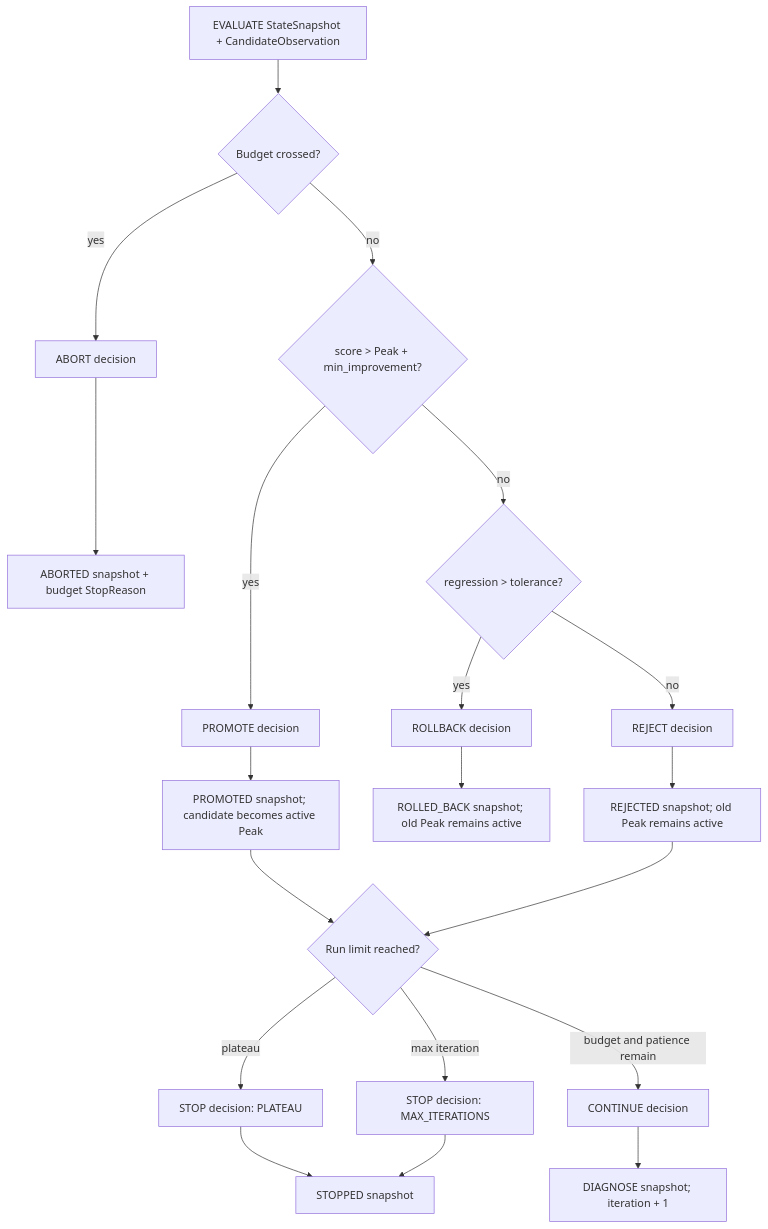
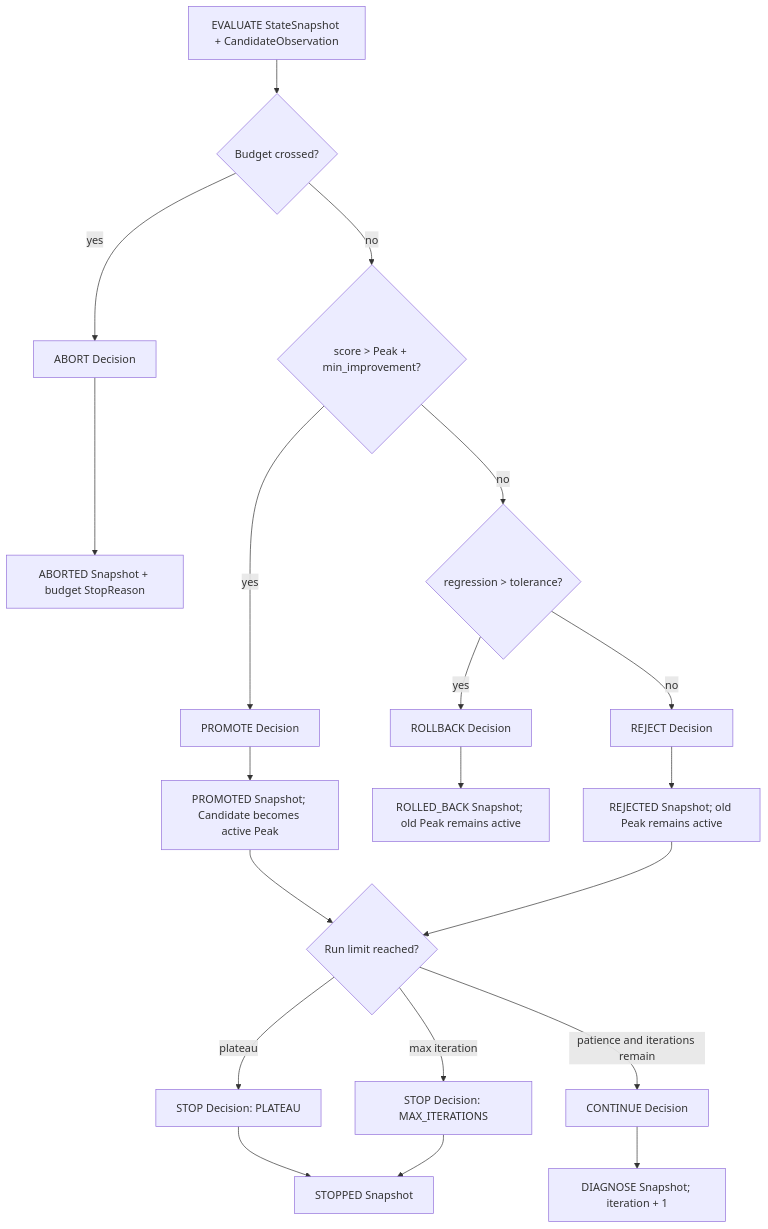
The diagram in docs/rsi-loop-policy.md (ed3c/post-training-rsi-pipeline), drawn with Mermaid before and after one commit. The commit also changed other lines of this file, not shown here.

Commit message:
docs(rsi): document Candidate-scoped idempotency and paired records

````diff
--- a/docs/rsi-loop-policy.md
+++ b/docs/rsi-loop-policy.md
@@ -100,22 +100,22 @@
 ```mermaid
 flowchart TD
     E[EVALUATE StateSnapshot + CandidateObservation] --> B{Budget crossed?}
-    B -- yes --> AB[ABORT decision]
-    AB --> ABS[ABORTED snapshot + budget StopReason]
+    B -- yes --> AB[ABORT Decision]
+    AB --> ABS[ABORTED Snapshot + budget StopReason]
     B -- no --> P{score > Peak + min_improvement?}
-    P -- yes --> PD[PROMOTE decision]
-    PD --> PS[PROMOTED snapshot; candidate becomes active Peak]
+    P -- yes --> PD[PROMOTE Decision]
+    PD --> PS[PROMOTED Snapshot; Candidate becomes active Peak]
     P -- no --> R{regression > tolerance?}
-    R -- yes --> RD[ROLLBACK decision]
-    RD --> RS[ROLLED_BACK snapshot; old Peak remains active]
-    R -- no --> JD[REJECT decision]
-    JD --> JS[REJECTED snapshot; old Peak remains active]
+    R -- yes --> RD[ROLLBACK Decision]
+    RD --> RS[ROLLED_BACK Snapshot; old Peak remains active]
+    R -- no --> JD[REJECT Decision]
+    JD --> JS[REJECTED Snapshot; old Peak remains active]
     PS --> L{Run limit reached?}
     JS --> L
-    L -- plateau --> SD[STOP decision: PLATEAU]
-    L -- max iteration --> MD[STOP decision: MAX_ITERATIONS]
-    L -- budget and patience remain --> CD[CONTINUE decision]
-    SD --> SS[STOPPED snapshot]
+    L -- plateau --> SD[STOP Decision: PLATEAU]
+    L -- max iteration --> MD[STOP Decision: MAX_ITERATIONS]
+    L -- patience and iterations remain --> CD[CONTINUE Decision]
+    SD --> SS[STOPPED Snapshot]
     MD --> SS
-    CD --> NS[DIAGNOSE snapshot; iteration + 1]
+    CD --> NS[DIAGNOSE Snapshot; iteration + 1]
 ```
````
